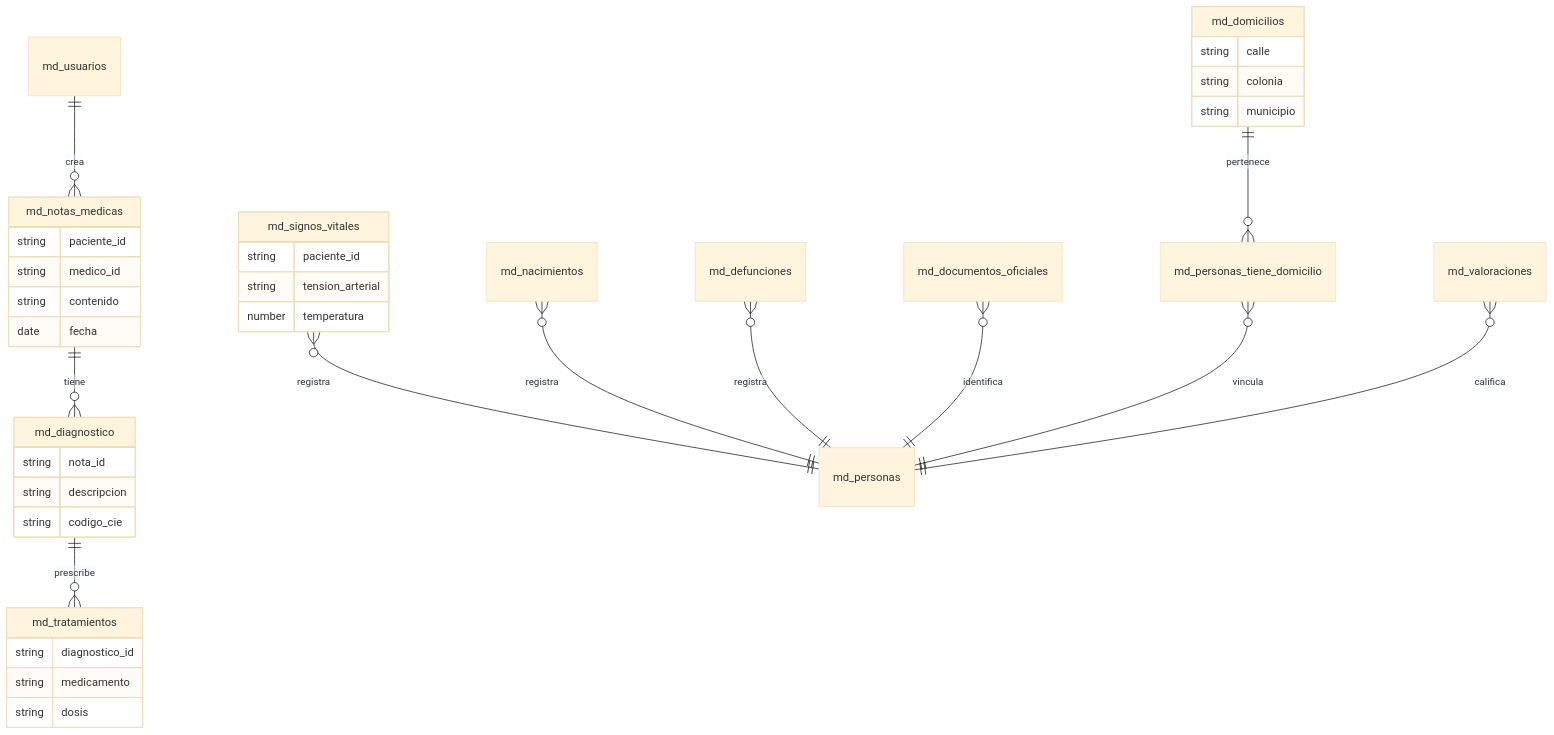
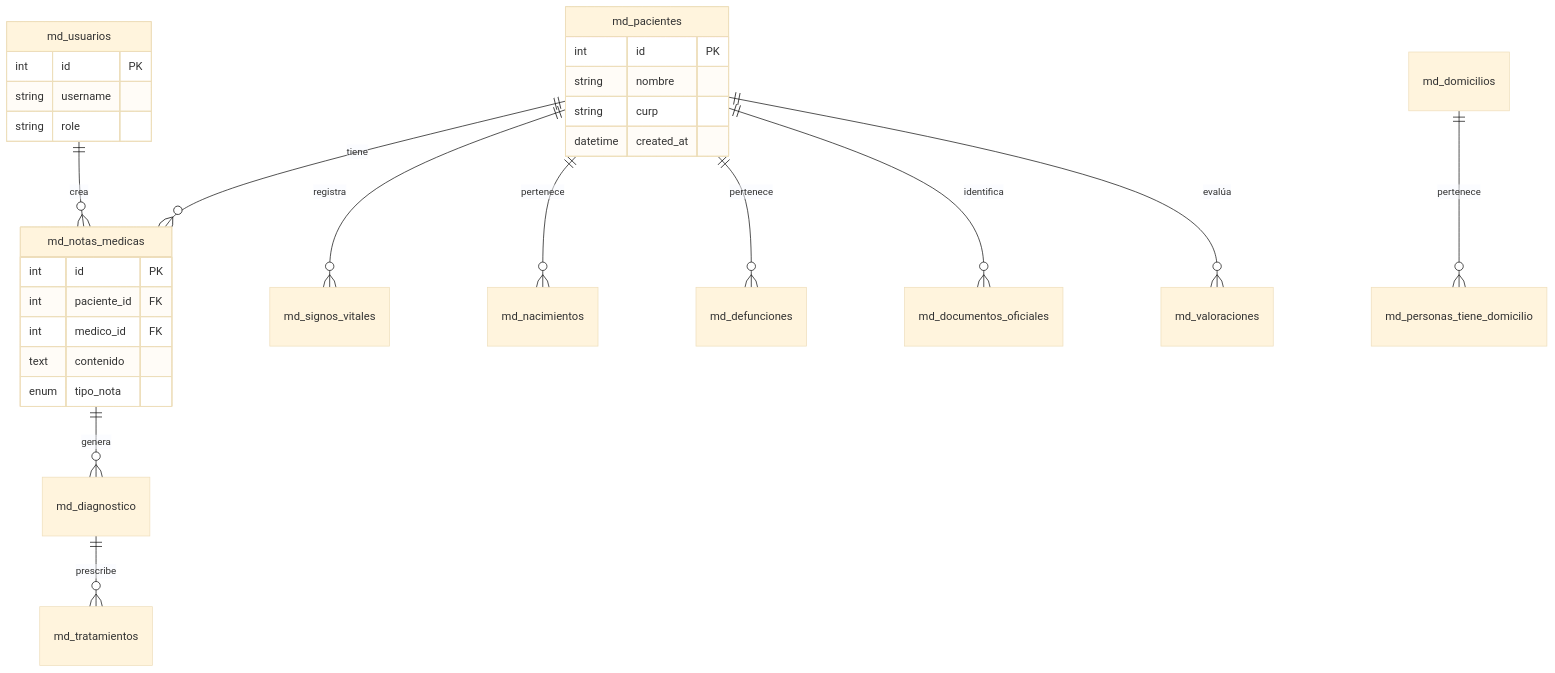
Before and after one commit to AngelJdev/MEDICAL_REGISTER_API: the diagram in README.md, drawn with Mermaid (base theme). The commit also changed other lines of this file, not shown here.

Commit message:
docs: actualizar README con stack real, iconos y ERD profesional

````diff
--- a/README.md
+++ b/README.md
@@ -49,40 +67,36 @@
 ```mermaid
 erDiagram
-    md_usuarios ||--o{ md_notas_medicas : crea
-    md_notas_medicas ||--o{ md_diagnostico : tiene
-    md_diagnostico ||--o{ md_tratamientos : prescribe
-    md_signos_vitales }o--|| md_personas : registra
-    md_nacimientos }o--|| md_personas : registra
-    md_defunciones }o--|| md_personas : registra
-    md_documentos_oficiales }o--|| md_personas : identifica
-    md_domicilios ||--o{ md_personas_tiene_domicilio : pertenece
-    md_personas_tiene_domicilio }o--|| md_personas : vincula
-    md_valoraciones }o--|| md_personas : califica
+    md_usuarios ||--o{ md_notas_medicas : "crea"
+    md_pacientes ||--o{ md_notas_medicas : "tiene"
+    md_pacientes ||--o{ md_signos_vitales : "registra"
+    md_pacientes ||--o{ md_nacimientos : "pertenece"
+    md_pacientes ||--o{ md_defunciones : "pertenece"
+    md_pacientes ||--o{ md_documentos_oficiales : "identifica"
+    md_pacientes ||--o{ md_valoraciones : "evalúa"
+    
+    md_notas_medicas ||--o{ md_diagnostico : "genera"
+    md_diagnostico ||--o{ md_tratamientos : "prescribe"
+    
+    md_domicilios ||--o{ md_personas_tiene_domicilio : "pertenece"
+    
+    md_pacientes {
+        int id PK
+        string nombre
+        string curp
+        datetime created_at
+    }
+    
+    md_notas_medicas {
+        int id PK
+        int paciente_id FK
+        int medico_id FK
+        text contenido
+        enum tipo_nota
+    }
 
-    md_notas_medicas {
-        string paciente_id
-        string medico_id
-        string contenido
-        date fecha
-    }
-    md_signos_vitales {
-        string paciente_id
-        string tension_arterial
-        number temperatura
-    }
-    md_diagnostico {
-        string nota_id
-        string descripcion
-        string codigo_cie
-    }
-    md_tratamientos {
-        string diagnostico_id
-        string medicamento
-        string dosis
-    }
-    md_domicilios {
-        string calle
-        string colonia
-        string municipio
+    md_usuarios {
+        int id PK
+        string username
+        string role
     }
 ```
````
